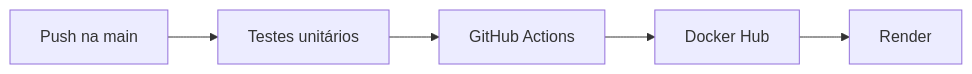
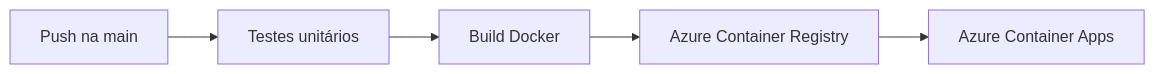
The diagram in docs/MANUAL.md (JoaoEmanuel25/cadastroflow-cicd), drawn with Mermaid before and after one commit. The commit also changed other lines of this file, not shown here.

Commit message:
docs: atualizar manual para deploy no Azure

````diff
--- a/docs/MANUAL.md
+++ b/docs/MANUAL.md
@@ -7,7 +7,7 @@
 ```mermaid
 flowchart LR
     A[Push na main] --> B[Testes unitários]
-    B --> C[GitHub Actions]
-    C --> D[Docker Hub]
-    D --> E[Render]
+    B --> C[Build Docker]
+    C --> D[Azure Container Registry]
+    D --> E[Azure Container Apps]
 ```
````
